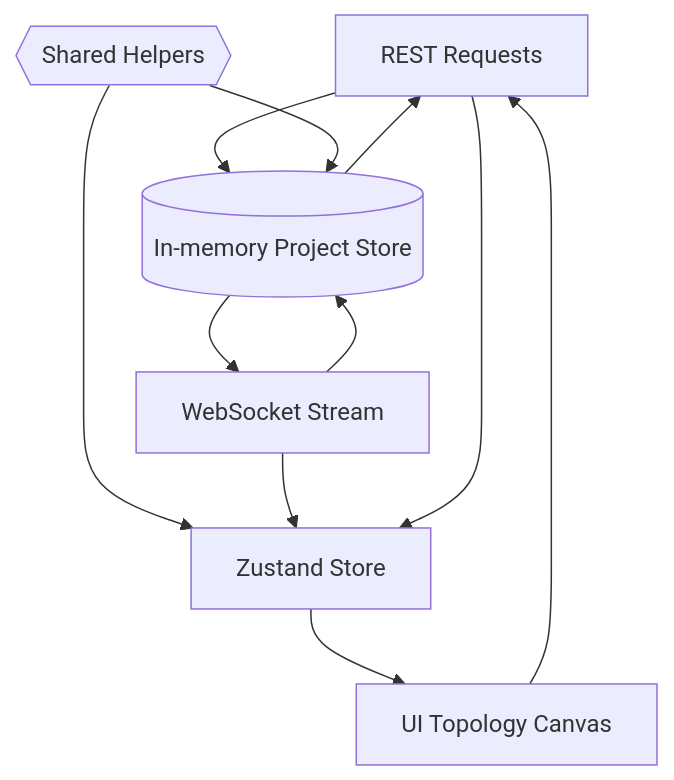
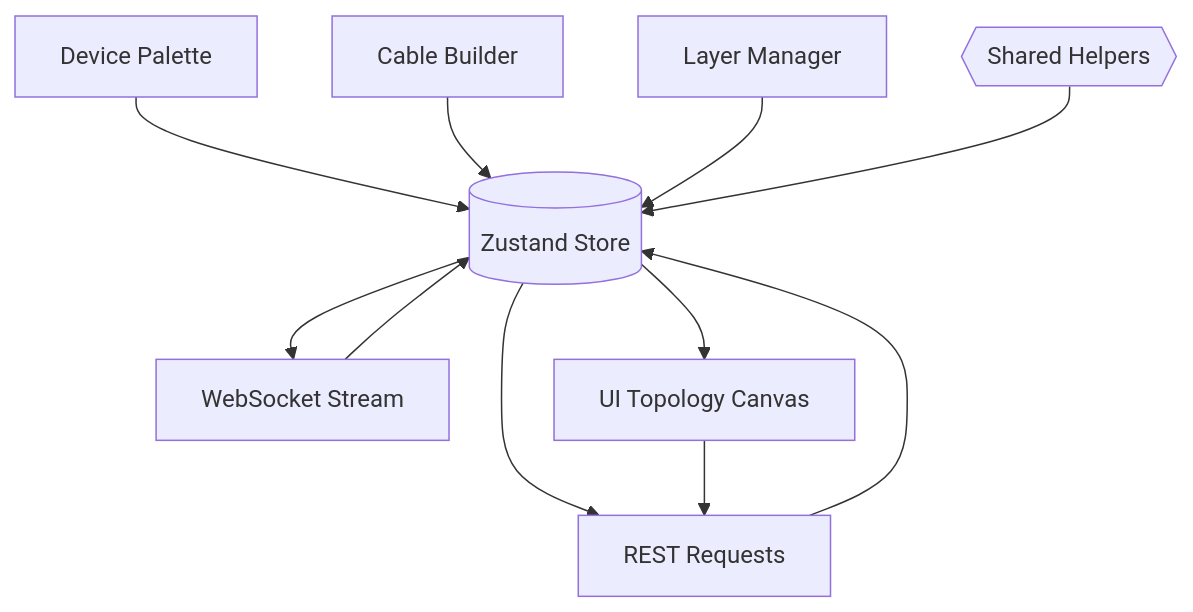
Before and after one commit to TejasTechie1/cisco-pt-copy: the third of 3 diagrams in docs/data-contracts.md, drawn with Mermaid. The commit also changed other lines of this file and 6 other files, not shown here.

````diff
--- a/docs/data-contracts.md
+++ b/docs/data-contracts.md
@@ -174,20 +176,22 @@
 ```mermaid
 flowchart TD
+  Palette[Device Palette]
+  Builder[Cable Builder]
+  Layers[Layer Manager]
+  Store[(Zustand Store)]
   REST[REST Requests]
   WS[WebSocket Stream]
-  Store[(In-memory Project Store)]
   Helpers{{Shared Helpers}}
-  State[Zustand Store]
   Canvas[UI Topology Canvas]
 
+  Palette --> Store
+  Builder --> Store
+  Layers --> Store
   REST --> Store
   WS --> Store
   Store --> REST
   Store --> WS
   Helpers --> Store
-  Helpers --> State
-  WS --> State
-  REST --> State
-  State --> Canvas
+  Store --> Canvas
   Canvas --> REST
 ```
````
